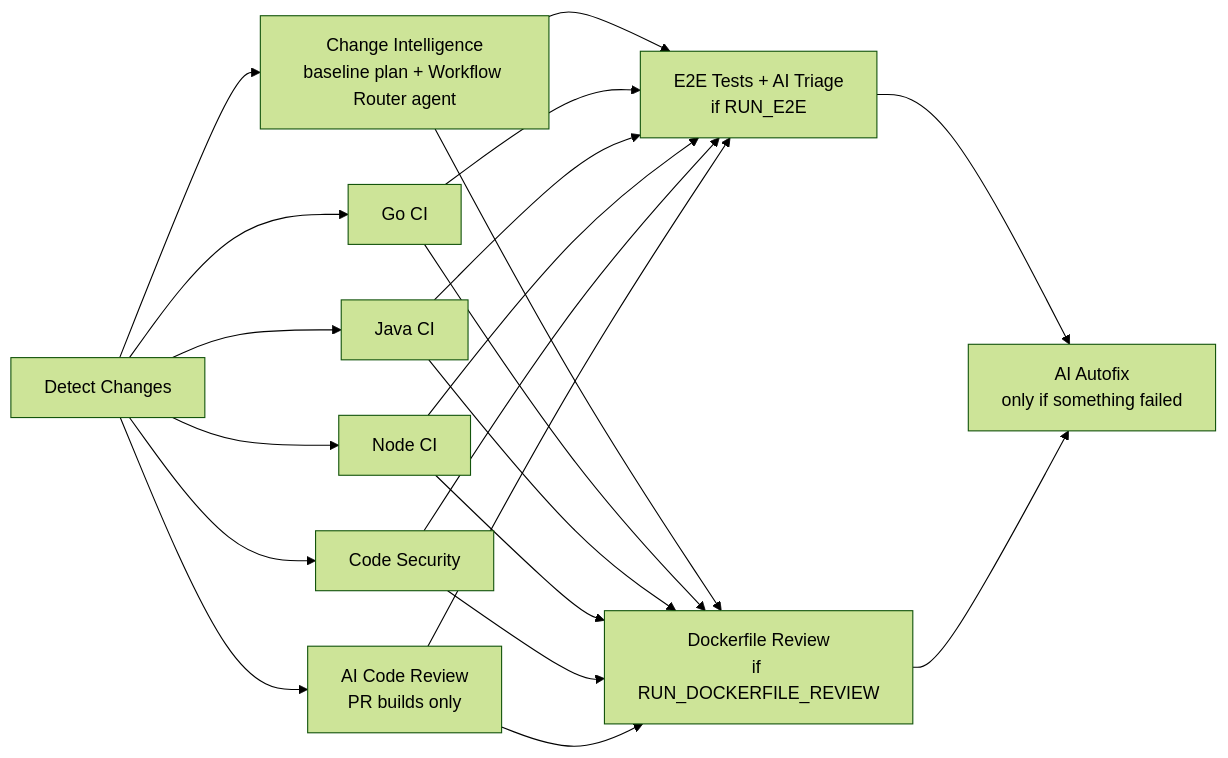
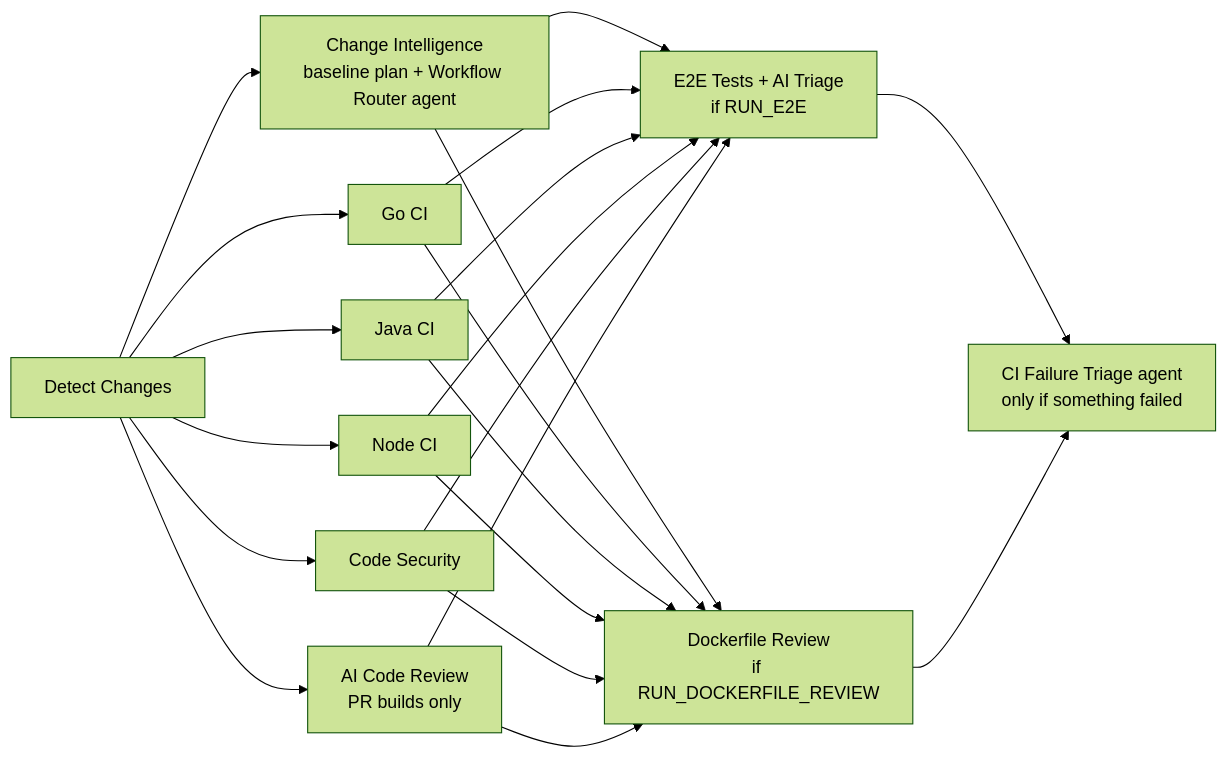
One commit to prameetu20codes/aumovio-ci-demo changed the second of 2 diagrams in README.md. Above: the diagram before and after it, drawn with Mermaid (forest theme). The commit also changed other lines of this file and 12 other files, not shown here.

Commit message:
Agentic pipeline: replace Autofix with CI Failure Triage agent, fail SAST on high findings, drop injected E2E scenarios in favour of scenario branches

````diff
--- a/README.md
+++ b/README.md
@@ -193,11 +192,11 @@
 ```mermaid
 flowchart LR
   D[Detect Changes] --> S[Code Security]
   D --> CI[Change Intelligence<br/>baseline plan + Workflow Router agent]
   D --> CR[AI Code Review<br/>PR builds only]
   D --> G[Go CI] & J[Java CI] & N[Node CI]
   CI --> E[E2E Tests + AI Triage<br/>if RUN_E2E]
   CI --> DF[Dockerfile Review<br/>if RUN_DOCKERFILE_REVIEW]
   G & J & N & S & CR --> E & DF
-  E & DF --> AF[AI Autofix<br/>only if something failed]
+  E & DF --> T[CI Failure Triage agent<br/>only if something failed]
 ```
````
